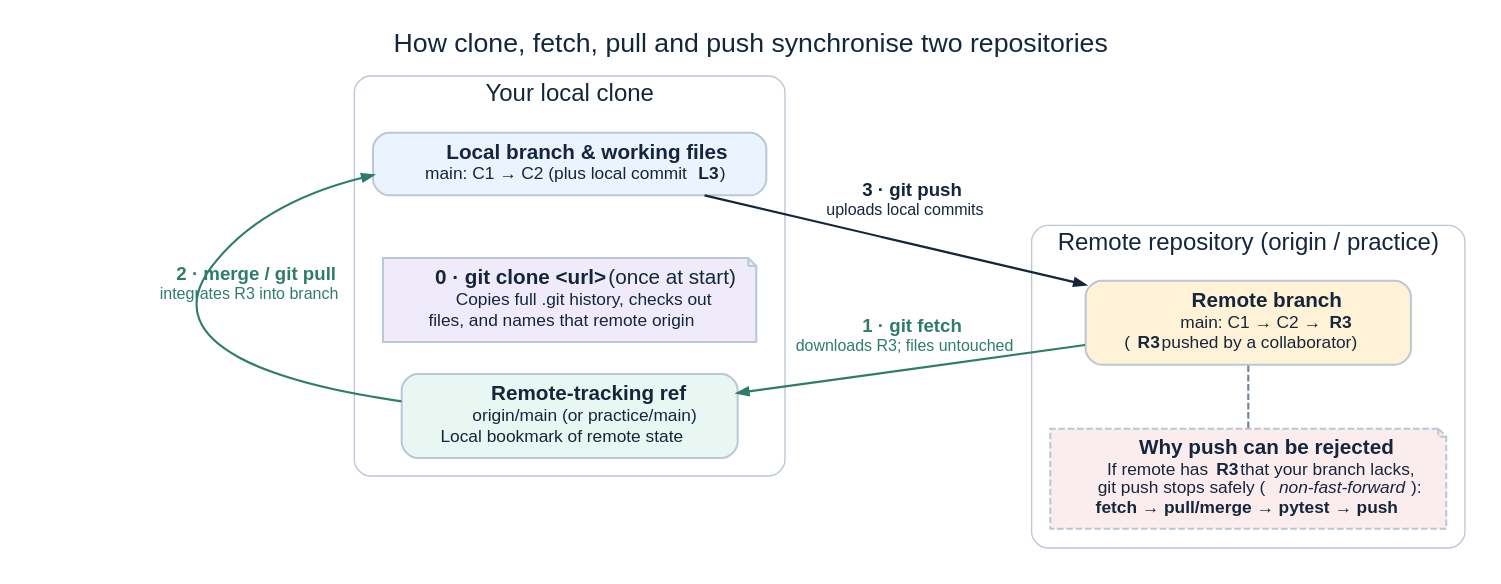
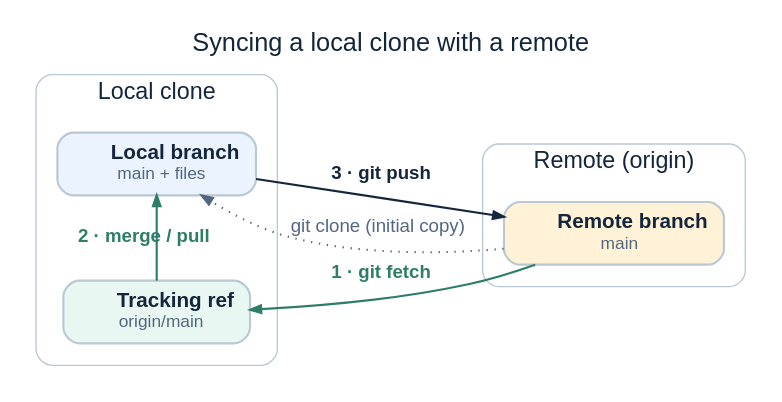
Before and after one commit to xangma/jupyter_data_languages: the diagram in book/diagrams/git-remotes.dot, drawn with Graphviz. The commit also changed 16 other files, not shown here.

Commit message:
Simplify all seven Git diagrams to concise labels and command arrows

```diff
--- a/book/diagrams/git-remotes.dot
+++ b/book/diagrams/git-remotes.dot
@@ -1,77 +1,61 @@
-// Source: 02-git-and-tests.ipynb, Part 3 ("Remotes, clones, fetch, pull and push").
-// Explains clone, fetch vs pull, push, and why non-fast-forward pushes are rejected.
+// Source: 02-git-and-tests.ipynb, Part 3 ("Remotes and clones").
+// Minimal visual flow for clone, fetch, pull/merge, and push.
 digraph git_remotes {
   graph [
-    bgcolor="white", fontname="Arial", fontsize=20, fontcolor="#14263C",
-    label="How clone, fetch, pull and push synchronise two repositories",
-    labelloc=t, rankdir=LR, newrank=true, nodesep=0.34, ranksep=0.58, pad=0.16,
+    bgcolor="white", fontname="Arial", fontsize=19, fontcolor="#14263C",
+    label="Syncing a local clone with a remote",
+    labelloc=t, rankdir=LR, newrank=true, nodesep=0.45, ranksep=0.72, pad=0.16,
     splines=true
   ];
   node [
     fontname="Arial", fontsize=15.5, fontcolor="#14263C",
-    color="#BAC7D5", penwidth=1.5, style="rounded,filled", margin="0.15,0.11"
+    color="#BAC7D5", penwidth=1.6, style="rounded,filled", margin="0.16,0.11"
   ];
   edge [
     fontname="Arial", fontsize=14, fontcolor="#14263C",
     color="#14263C", penwidth=1.6, arrowsize=0.82
   ];
 
   subgraph cluster_local {
-    label="Your local clone"; fontsize=18;
-    style="rounded"; color="#BAC7D5"; margin=14;
-
-    clone_note [shape=note, style="filled", fillcolor="#F0EBFA", label=<
-      <B>0 · git clone &lt;url&gt;</B> (once at start)<BR/>
-      <FONT POINT-SIZE="13.5">Copies full .git history, checks out<BR/>
-      files, and names that remote origin</FONT>
-    >];
+    label="Local clone"; fontsize=17.5;
+    style="rounded"; color="#BAC7D5"; margin=16;
 
     local_work [shape=box, fillcolor="#EAF3FE", label=<
-      <B>Local branch &amp; working files</B><BR/>
-      <FONT POINT-SIZE="13.5">main: C1 → C2 (plus local commit <B>L3</B>)</FONT>
+      <B>Local branch</B><BR/>
+      <FONT POINT-SIZE="13" COLOR="#526780">main + files</FONT>
     >];
 
     tracking [shape=box, fillcolor="#E9F7F2", label=<
-      <B>Remote-tracking ref</B><BR/>
-      <FONT POINT-SIZE="13.5">origin/main (or practice/main)<BR/>
-      Local bookmark of remote state</FONT>
+      <B>Tracking ref</B><BR/>
+      <FONT POINT-SIZE="13" COLOR="#526780">origin/main</FONT>
     >];
-
-    clone_note -> local_work [style=invis, weight=10];
   }
 
   subgraph cluster_remote {
-    label="Remote repository (origin / practice)"; fontsize=18;
-    style="rounded"; color="#BAC7D5"; margin=14;
-
-    rejected [shape=note, style="filled,dashed", fillcolor="#FBEDED", label=<
-      <B>Why push can be rejected</B><BR/>
-      <FONT POINT-SIZE="13.5">If remote has <B>R3</B> that your branch lacks,<BR/>
-      git push stops safely (<I>non-fast-forward</I>):<BR/>
-      <B>fetch → pull/merge → pytest → push</B></FONT>
-    >];
+    label="Remote (origin)"; fontsize=17.5;
+    style="rounded"; color="#BAC7D5"; margin=16;
 
     remote_branch [shape=box, fillcolor="#FFF2D6", label=<
       <B>Remote branch</B><BR/>
-      <FONT POINT-SIZE="13.5">main: C1 → C2 → <B>R3</B><BR/>
-      (<B>R3</B> pushed by a collaborator)</FONT>
+      <FONT POINT-SIZE="13" COLOR="#526780">main</FONT>
     >];
-
-    rejected -> remote_branch [style=dashed, arrowhead=none, color="#71849A"];
   }
 
-  { rank=same; clone_note; local_work; tracking; }
-  { rank=same; rejected; remote_branch; }
+  { rank=same; local_work; tracking; }
 
+  remote_branch -> local_work [
+    style=dotted, color="#526780", fontcolor="#526780",
+    label=< git clone (initial copy) >
+  ];
   remote_branch -> tracking [
     color="#2E7D6B", fontcolor="#2E7D6B",
-    label=< <B>1 · git fetch</B><BR/><FONT POINT-SIZE="12">downloads R3; files untouched</FONT> >
+    label=< <B>1 · git fetch</B> >
   ];
   tracking -> local_work [
     color="#2E7D6B", fontcolor="#2E7D6B",
-    label=< <B>2 · merge / git pull</B><BR/><FONT POINT-SIZE="12">integrates R3 into branch</FONT> >
+    label=< <B>2 · merge / pull</B> >
   ];
   local_work -> remote_branch [
-    label=< <B>3 · git push</B><BR/><FONT POINT-SIZE="12">uploads local commits</FONT> >
+    label=< <B>3 · git push</B> >
   ];
 }
```
